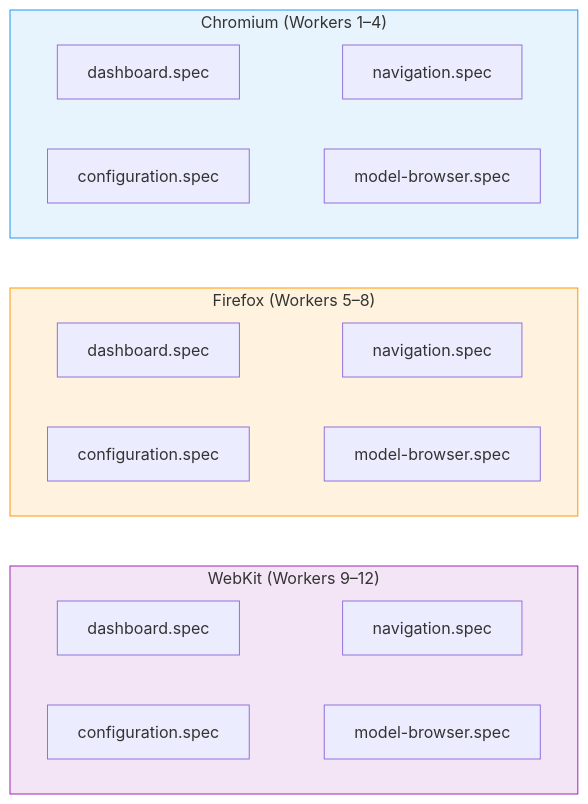
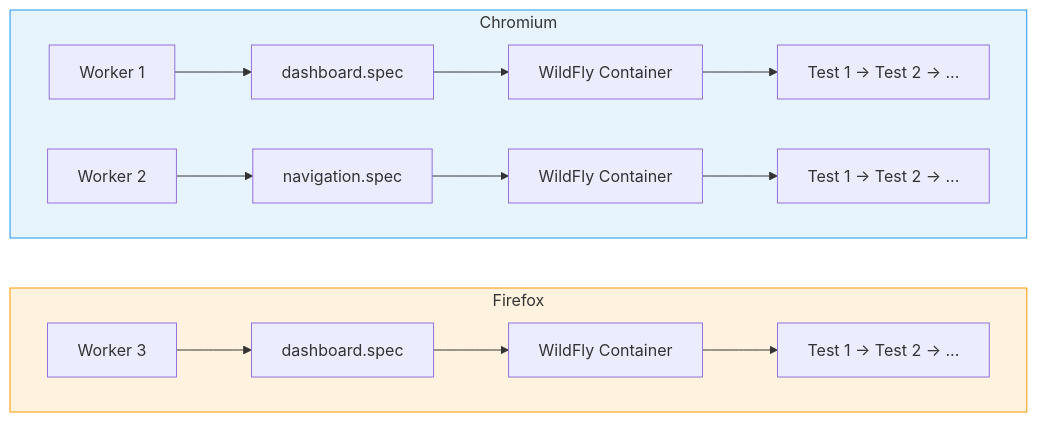
The second of 2 diagrams in docs/architecture.md (hal/dave), drawn with Mermaid before and after one commit. The commit also changed other lines of this file and 1 other file, not shown here.

First line of the commit message:
docs: improve architecture and glossary documentation

````diff
--- a/docs/architecture.md
+++ b/docs/architecture.md
@@ -25,23 +33,29 @@
 ```mermaid
 flowchart TB
-    subgraph chromium["Chromium (Workers 1–4)"]
-        c1["dashboard.spec"] ~~~ c2["navigation.spec"]
-        c3["configuration.spec"] ~~~ c4["model-browser.spec"]
+    subgraph chromium["Chromium"]
+        cw1["Worker 1"]
+        cs1["dashboard.spec"]
+        cc1["WildFly Container"]
+        ct1["Test 1 → Test 2 → ..."]
+        cw1 --> cs1 --> cc1 --> ct1
+
+        cw2["Worker 2"]
+        cs2["navigation.spec"]
+        cc2["WildFly Container"]
+        ct2["Test 1 → Test 2 → ..."]
+        cw2 --> cs2 --> cc2 --> ct2
     end
 
-    subgraph firefox["Firefox (Workers 5–8)"]
-        f1["dashboard.spec"] ~~~ f2["navigation.spec"]
-        f3["configuration.spec"] ~~~ f4["model-browser.spec"]
+    subgraph firefox["Firefox"]
+        fw1["Worker 3"]
+        fs1["dashboard.spec"]
+        fc1["WildFly Container"]
+        ft1["Test 1 → Test 2 → ..."]
+        fw1 --> fs1 --> fc1 --> ft1
     end
 
-    subgraph webkit["WebKit (Workers 9–12)"]
-        w1["dashboard.spec"] ~~~ w2["navigation.spec"]
-        w3["configuration.spec"] ~~~ w4["model-browser.spec"]
-    end
-
-    chromium ~~~ firefox ~~~ webkit
+    chromium ~~~ firefox
 
     style chromium fill:#e8f4fd,stroke:#2196f3
     style firefox fill:#fff3e0,stroke:#ff9800
-    style webkit fill:#f3e5f5,stroke:#9c27b0
 ```
````
